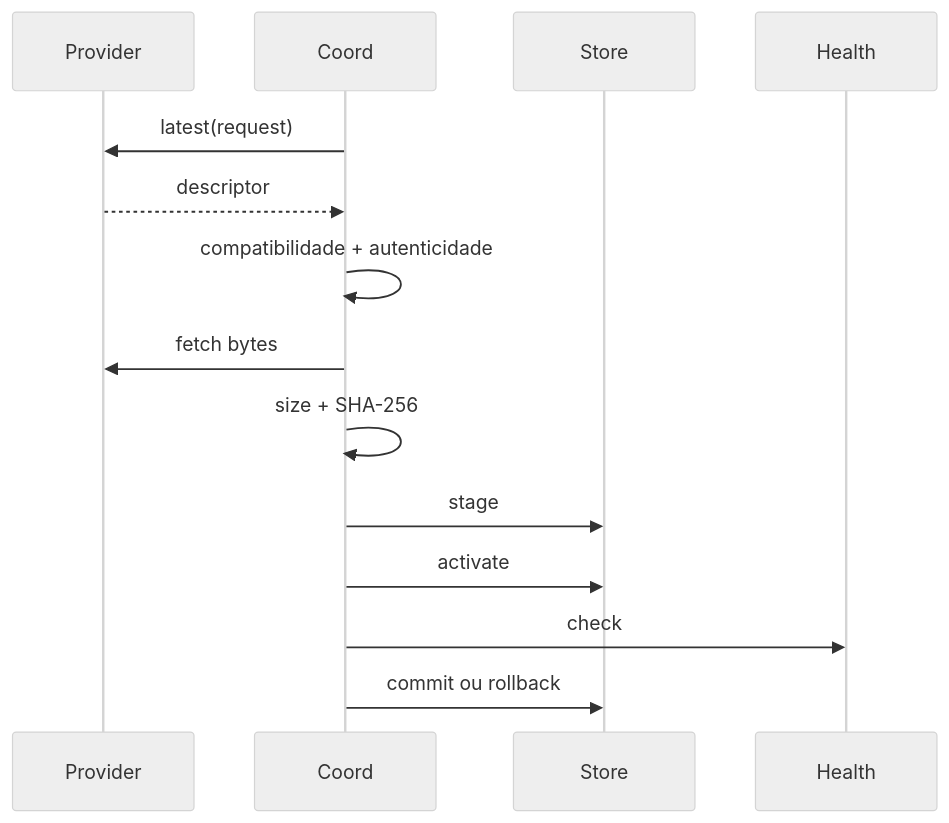
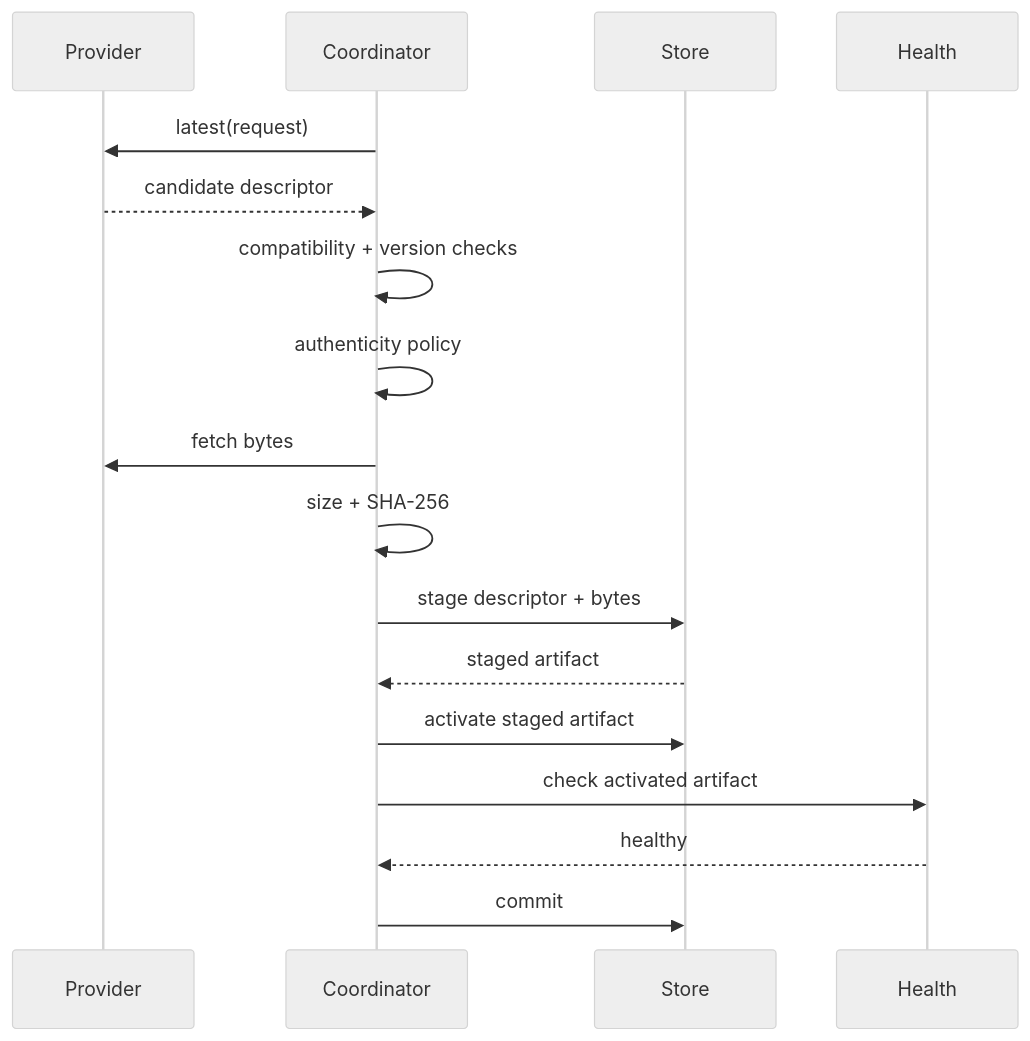
The diagram in i18n/pt/docusaurus-plugin-content-docs/current/architecture/updates.md (dnettoRaw/appcore-wiki), drawn with Mermaid (neutral theme) before and after one commit. The commit also changed other lines of this file and 12 other files, not shown here.

````diff
--- a/i18n/pt/docusaurus-plugin-content-docs/current/architecture/updates.md
+++ b/i18n/pt/docusaurus-plugin-content-docs/current/architecture/updates.md
@@ -14,16 +47,20 @@
 ```mermaid
 sequenceDiagram
     participant Provider
-    participant Coord
+    participant Coordinator
     participant Store
     participant Health
-    Coord->>Provider: latest(request)
-    Provider-->>Coord: descriptor
-    Coord->>Coord: compatibilidade + autenticidade
-    Coord->>Provider: fetch bytes
-    Coord->>Coord: size + SHA-256
-    Coord->>Store: stage
-    Coord->>Store: activate
-    Coord->>Health: check
-    Coord->>Store: commit ou rollback
+
+    Coordinator->>Provider: latest(request)
+    Provider-->>Coordinator: candidate descriptor
+    Coordinator->>Coordinator: compatibility + version checks
+    Coordinator->>Coordinator: authenticity policy
+    Coordinator->>Provider: fetch bytes
+    Coordinator->>Coordinator: size + SHA-256
+    Coordinator->>Store: stage descriptor + bytes
+    Store-->>Coordinator: staged artifact
+    Coordinator->>Store: activate staged artifact
+    Coordinator->>Health: check activated artifact
+    Health-->>Coordinator: healthy
+    Coordinator->>Store: commit
 ```
````
